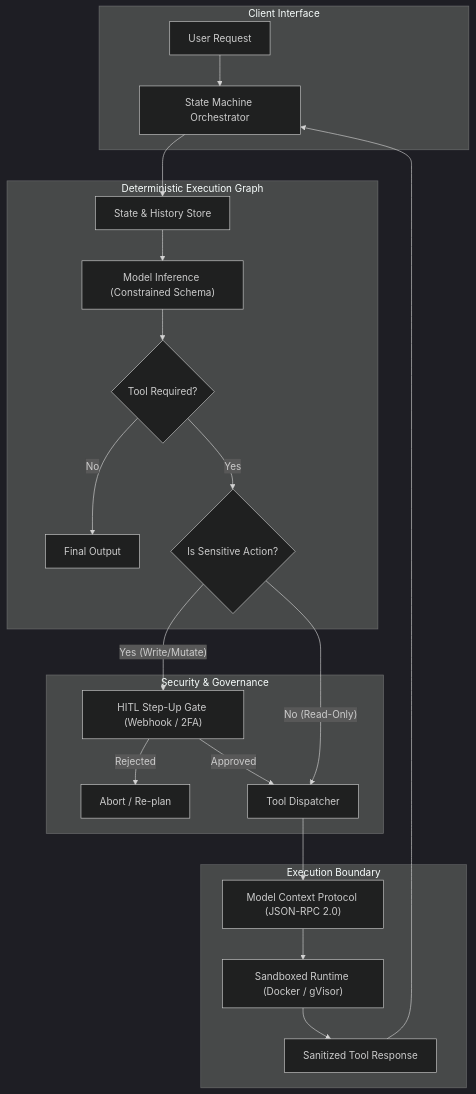
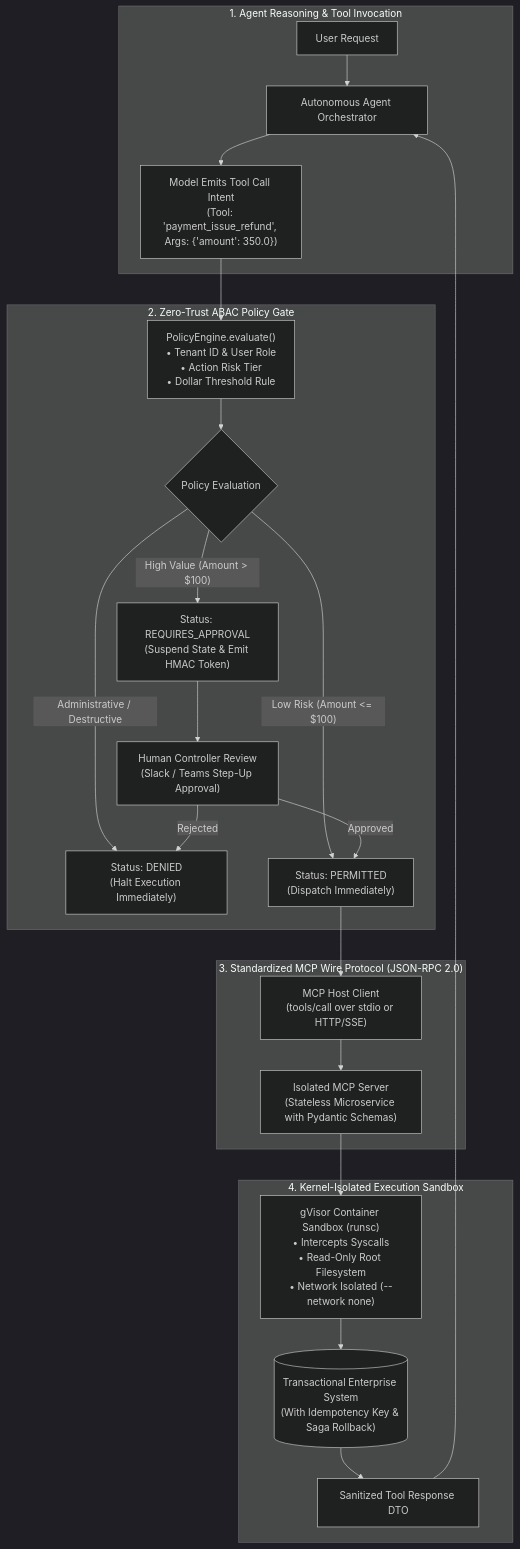
The first of 2 diagrams in use-cases/use-case-03-mcp-sandboxing-tooling.md (dip4k/senior-engineer-to-ai-engineer-roadmap), drawn with Mermaid (dark theme) before and after one commit. The commit also changed other lines of this file and 59 other files, not shown here.

````diff
--- a/use-cases/use-case-03-mcp-sandboxing-tooling.md
+++ b/use-cases/use-case-03-mcp-sandboxing-tooling.md
@@ -10,28 +24,33 @@
 ```mermaid
 flowchart TD
-    subgraph Client["Client Interface"]
-        U["User Request"] --> StateMachine["State Machine Orchestrator"]
+    subgraph Client["1. Agent Reasoning & Tool Invocation"]
+        User["User Request"] --> Agent["Autonomous Agent Orchestrator"]
+        Agent --> Decision["Model Emits Tool Call Intent<br>(Tool: 'payment_issue_refund', Args: {'amount': 350.0})"]
     end
 
-    subgraph CoreLoop["Deterministic Execution Graph"]
-        StateMachine --> State["State & History Store"]
-        State --> Model["Model Inference (Constrained Schema)"]
-        Model --> Check{"Tool Required?"}
-        Check -- "No" --> Final["Final Output"]
-        Check -- "Yes" --> Sensitive{"Is Sensitive Action?"}
+    subgraph PolicyGate["2. Zero-Trust ABAC Policy Gate"]
+        Decision --> PolicyEngine["PolicyEngine.evaluate()<br>• Tenant ID & User Role<br>• Action Risk Tier<br>• Dollar Threshold Rule"]
+        
+        PolicyEngine --> RiskCheck{"Policy Evaluation"}
+        RiskCheck -- "Administrative / Destructive" --> Deny["Status: DENIED<br>(Halt Execution Immediately)"]
+        RiskCheck -- "Low Risk (Amount <= $100)" --> AutoApprove["Status: PERMITTED<br>(Dispatch Immediately)"]
+        RiskCheck -- "High Value (Amount > $100)" --> Suspend["Status: REQUIRES_APPROVAL<br>(Suspend State & Emit HMAC Token)"]
+        
+        Suspend --> HITL["Human Controller Review<br>(Slack / Teams Step-Up Approval)"]
+        HITL -- "Rejected" --> Deny
+        HITL -- "Approved" --> AutoApprove
     end
 
-    subgraph Gates["Security & Governance"]
-        Sensitive -- "Yes (Write/Mutate)" --> HITL["HITL Step-Up Gate (Webhook / 2FA)"]
-        HITL -- "Rejected" --> Abort["Abort / Re-plan"]
-        HITL -- "Approved" --> Dispatch["Tool Dispatcher"]
-        Sensitive -- "No (Read-Only)" --> Dispatch
+    subgraph MCP_Boundary["3. Standardized MCP Wire Protocol (JSON-RPC 2.0)"]
+        AutoApprove --> MCP_Client["MCP Host Client<br>(tools/call over stdio or HTTP/SSE)"]
+        MCP_Client --> MCP_Server["Isolated MCP Server<br>(Stateless Microservice with Pydantic Schemas)"]
     end
 
-    subgraph Isolation["Execution Boundary"]
-        Dispatch --> MCP["Model Context Protocol (JSON-RPC 2.0)"]
-        MCP --> Sandbox["Sandboxed Runtime (Docker / gVisor)"]
-        Sandbox --> Result["Sanitized Tool Response"]
-        Result --> StateMachine
+    subgraph SandboxEnv["4. Kernel-Isolated Execution Sandbox"]
+        MCP_Server --> gVisor["gVisor Container Sandbox (runsc)<br>• Intercepts Syscalls<br>• Read-Only Root Filesystem<br>• Network Isolated (--network none)"]
+        gVisor --> Ledger[("Transactional Enterprise System<br>(With Idempotency Key & Saga Rollback)")]
+        Ledger --> Result["Sanitized Tool Response DTO"]
     end
+
+    Result --> Agent
 ```
````
